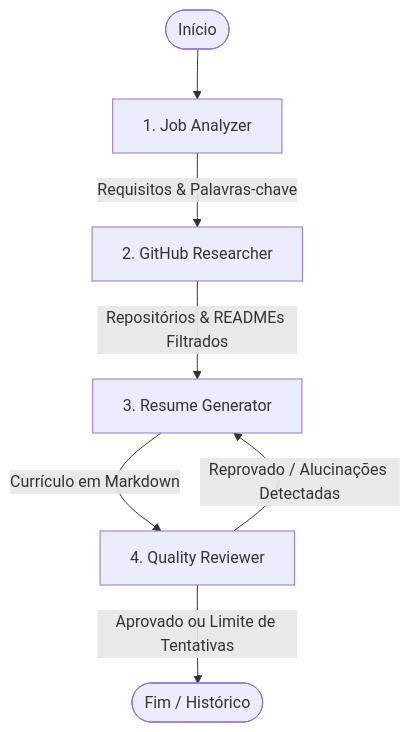
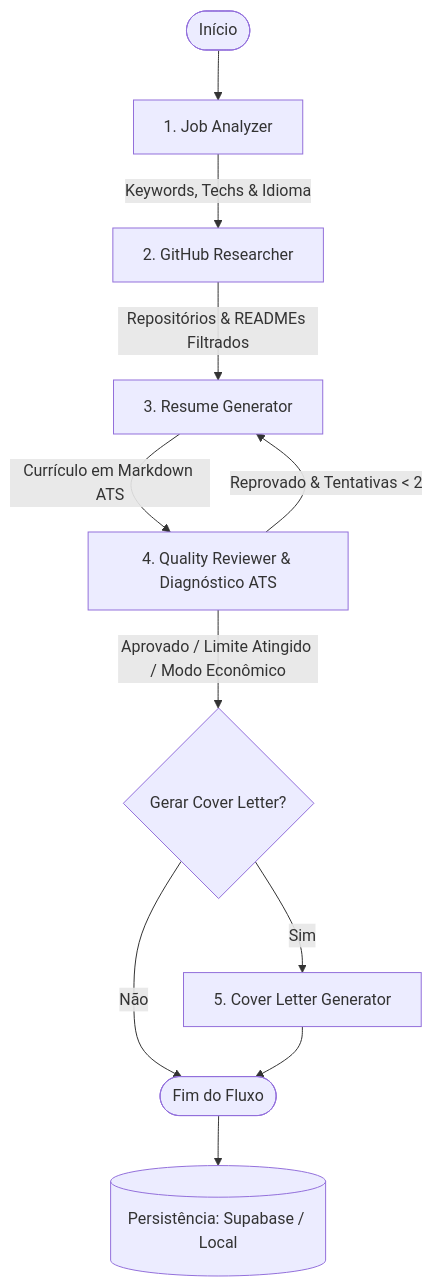
Before and after one commit to thiagoeu/cv_nitro: the diagram in README.md, drawn with Mermaid. The commit also changed other lines of this file and 1 other file, not shown here.

````diff
--- a/README.md
+++ b/README.md
@@ -26,10 +70,16 @@
 ```mermaid
 flowchart TD
     Start([Início]) --> JA[1. Job Analyzer]
-    JA -->|Requisitos & Palavras-chave| GR[2. GitHub Researcher]
+    JA -->|Keywords, Techs & Idioma| GR[2. GitHub Researcher]
     GR -->|Repositórios & READMEs Filtrados| RG[3. Resume Generator]
-    RG -->|Currículo em Markdown| QR[4. Quality Reviewer]
+    RG -->|Currículo em Markdown ATS| QR[4. Quality Reviewer & Diagnóstico ATS]
     
-    QR -->|Reprovado / Alucinações Detectadas| RG
-    QR -->|Aprovado ou Limite de Tentativas| End([Fim / Histórico])
+    QR -->|Reprovado & Tentativas < 2| RG
+    QR -->|Aprovado / Limite Atingido / Modo Econômico| Decision{Gerar Cover Letter?}
+    
+    Decision -->|Sim| CL[5. Cover Letter Generator]
+    Decision -->|Não| EndFlow([Fim do Fluxo])
+    CL --> EndFlow
+    
+    EndFlow --> Storage[(Persistência: Supabase / Local)]
 ```
````
